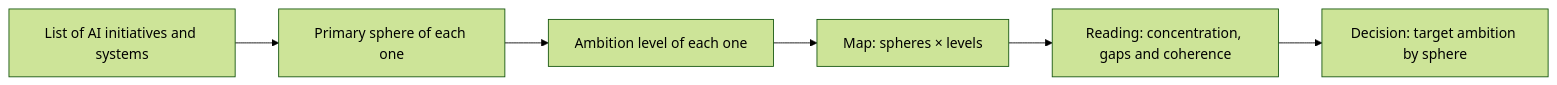
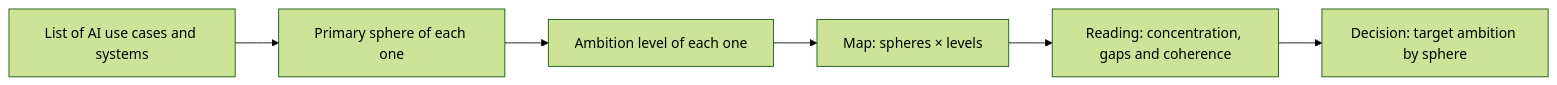
One commit to seachad/AI_CONSULTING changed the diagram in SPHERES/mds/en/00_SPHERES_Que_es_y_para_que_sirve.md. Above: the diagram before and after it, drawn with Mermaid (forest theme). The commit also changed other lines of this file and 1379 other files, not shown here.

````diff
--- a/SPHERES/mds/en/00_SPHERES_Que_es_y_para_que_sirve.md
+++ b/SPHERES/mds/en/00_SPHERES_Que_es_y_para_que_sirve.md
@@ -115,8 +115,8 @@
 ```mermaid
 flowchart LR
-  A["List of AI initiatives and systems"] --> B["Primary sphere of each one"]
+  A["List of AI use cases and systems"] --> B["Primary sphere of each one"]
   B --> C["Ambition level of each one"]
   C --> D["Map: spheres × levels"]
   D --> E["Reading: concentration, gaps and coherence"]
   E --> F["Decision: target ambition by sphere"]
 ```
````
